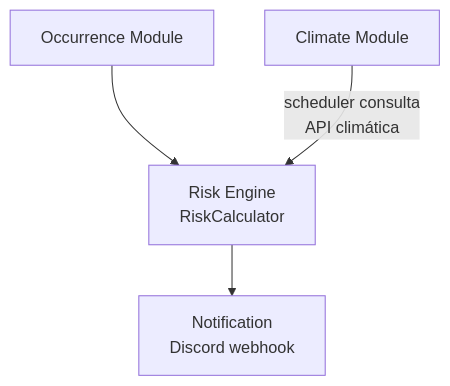
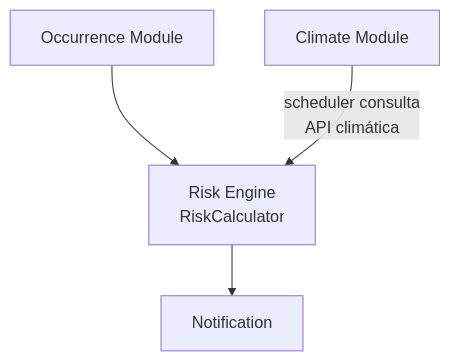
The second of 3 diagrams in README.md (arthsdev/kairos), drawn with Mermaid before and after one commit. The commit also changed other lines of this file and 1 other file, not shown here.

````diff
--- a/README.md
+++ b/README.md
@@ -43,6 +55,6 @@
 ```mermaid
 flowchart TD
     A[Occurrence Module] --> C[Risk Engine<br/>RiskCalculator]
     B[Climate Module] -->|scheduler consulta<br/>API climática| C
-    C --> D[Notification<br/>Discord webhook]
+    C --> D[Notification<br/>]
 ```
````
